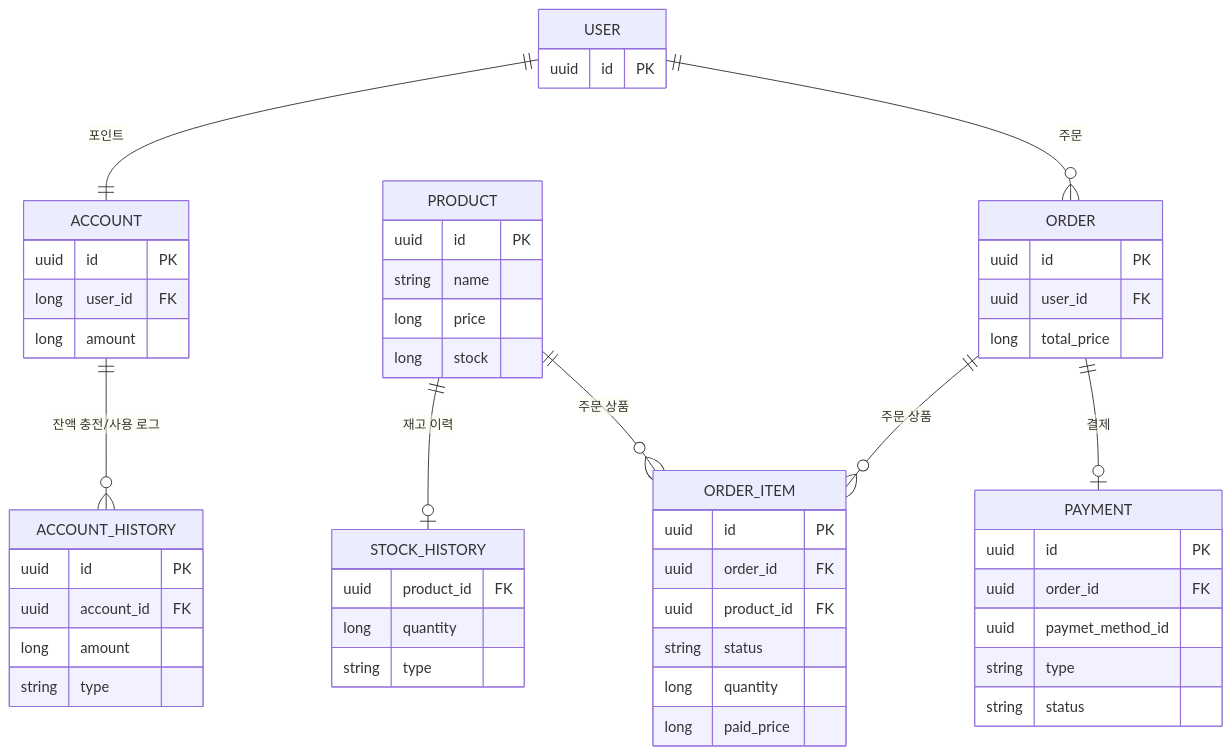
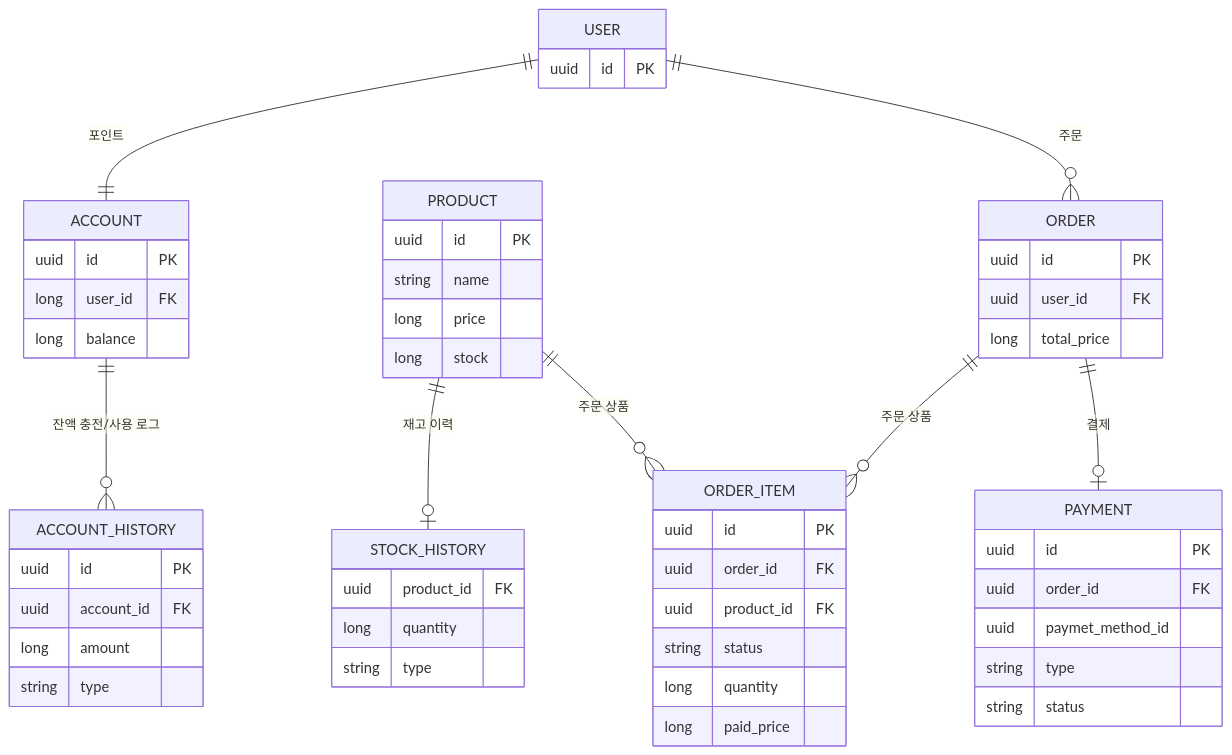
One commit to newbieJanghan/hh_plus_server changed the diagram in README.md. Above: the diagram before and after it, drawn with Mermaid. The commit also changed 5 other files, not shown here.

Commit message:
Refactor: Account / account.amount -> account.balance 로 변경하여 잔액이라는 개념을 명시적으로 드러냄

````diff
--- a/README.md
+++ b/README.md
@@ -37,55 +37,55 @@
 ```mermaid
 erDiagram
     USER {
         uuid id PK
     }
     ACCOUNT {
         uuid id PK
         long user_id FK
-        long amount
+        long balance
     }
     ACCOUNT_HISTORY {
         uuid id PK
         uuid account_id FK
         long amount
         string type
     }
     PRODUCT {
         uuid id PK
         string name
         long price
         long stock
     }
     STOCK_HISTORY {
         uuid product_id FK
         long quantity
         string type
     }
     ORDER {
         uuid id PK
         uuid user_id FK
         long total_price
     }
     ORDER_ITEM {
         uuid id PK
         uuid order_id FK
         uuid product_id FK
         string status
         long quantity
         long paid_price
     }
     PAYMENT {
         uuid id PK
         uuid order_id FK
         uuid paymet_method_id
         string type
         string status
     }
     USER ||--|| ACCOUNT: "포인트"
     ACCOUNT ||--o{ ACCOUNT_HISTORY: "잔액 충전/사용 로그"
     USER ||--o{ ORDER: "주문"
     ORDER ||--o{ ORDER_ITEM: "주문 상품"
     PRODUCT ||--o{ ORDER_ITEM: "주문 상품"
     PRODUCT ||--o| STOCK_HISTORY: "재고 이력"
     ORDER ||--o| PAYMENT: "결제"
 ```
````
